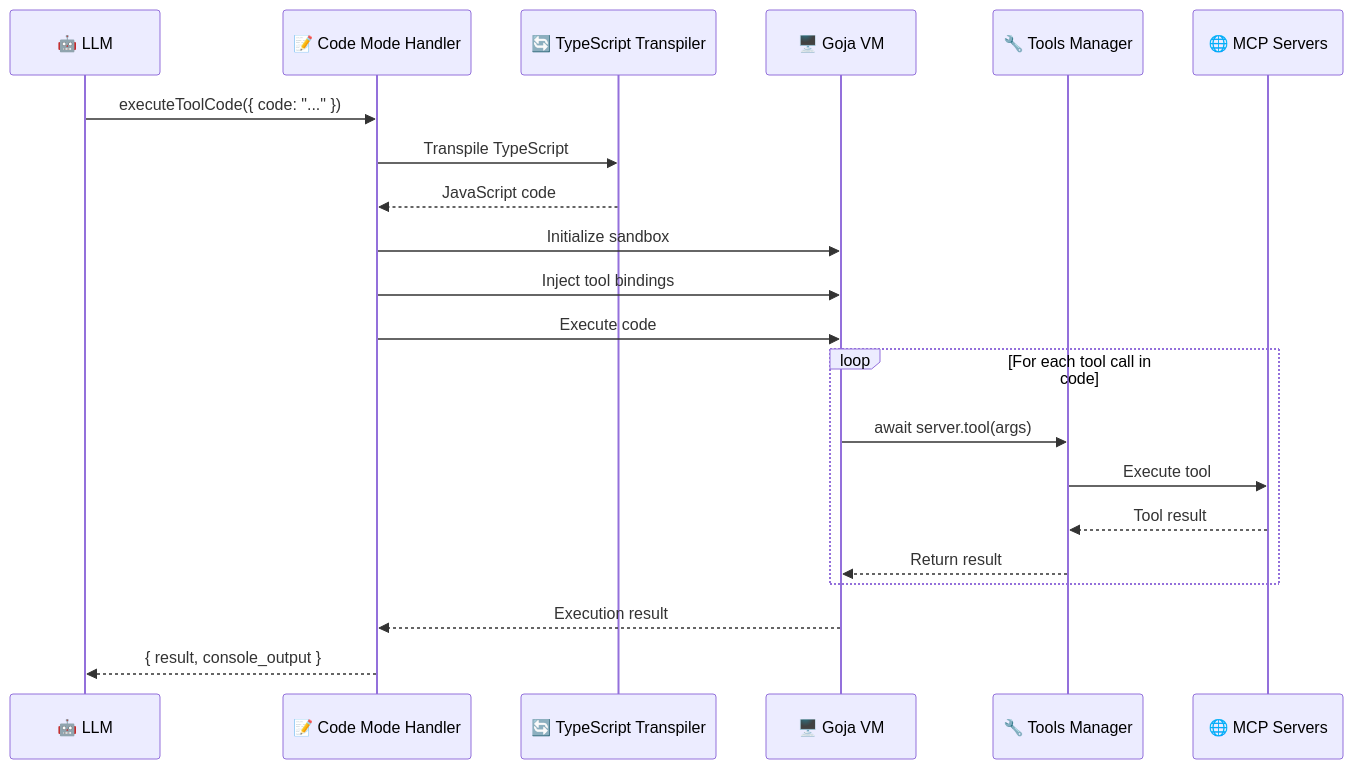
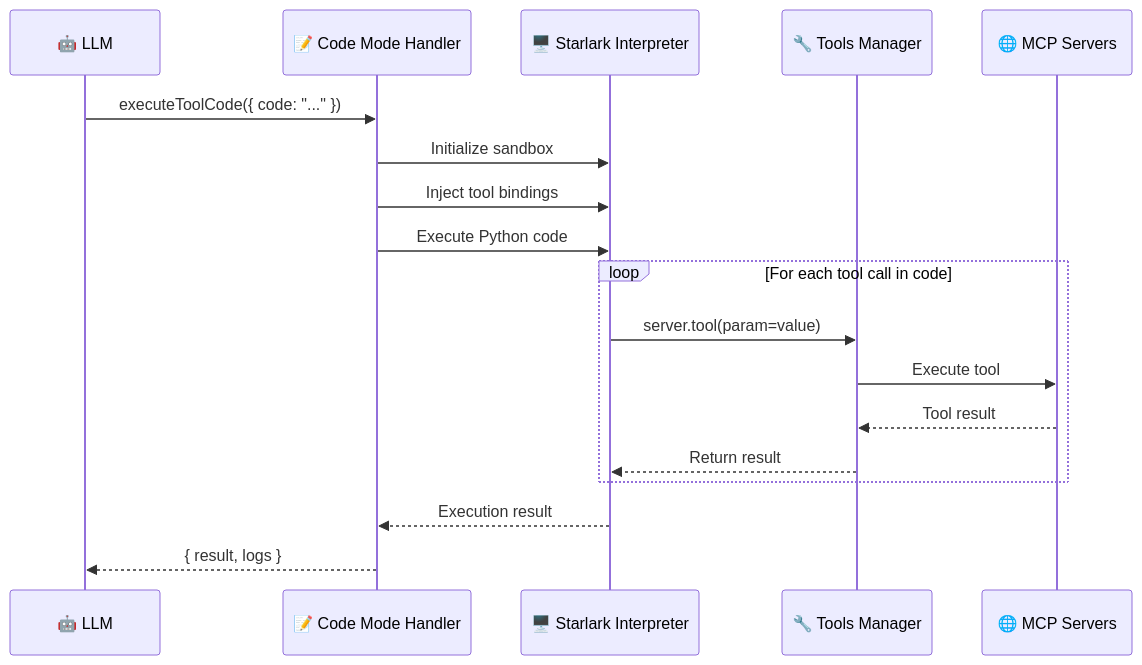
One commit to sammcj/bifrost changed diagram 11 of 13 in docs/architecture/core/mcp.mdx. Above: the diagram before and after it, drawn with Mermaid. The commit also changed other lines of this file and 46 other files, not shown here.

````diff
--- a/docs/architecture/core/mcp.mdx
+++ b/docs/architecture/core/mcp.mdx
@@ -722,27 +730,23 @@
 ```mermaid
 sequenceDiagram
     participant LLM as 🤖 LLM
     participant CM as 📝 Code Mode Handler
-    participant TS as 🔄 TypeScript Transpiler
-    participant VM as 🖥️ Goja VM
+    participant VM as 🖥️ Starlark Interpreter
     participant TM as 🔧 Tools Manager
     participant MCP as 🌐 MCP Servers
 
     LLM->>CM: executeToolCode({ code: "..." })
-    CM->>TS: Transpile TypeScript
-    TS-->>CM: JavaScript code
-
     CM->>VM: Initialize sandbox
     CM->>VM: Inject tool bindings
-    CM->>VM: Execute code
+    CM->>VM: Execute Python code
 
     loop For each tool call in code
-        VM->>TM: await server.tool(args)
+        VM->>TM: server.tool(param=value)
         TM->>MCP: Execute tool
         MCP-->>TM: Tool result
         TM-->>VM: Return result
     end
 
     VM-->>CM: Execution result
-    CM-->>LLM: { result, console_output }
+    CM-->>LLM: { result, logs }
 ```
````
